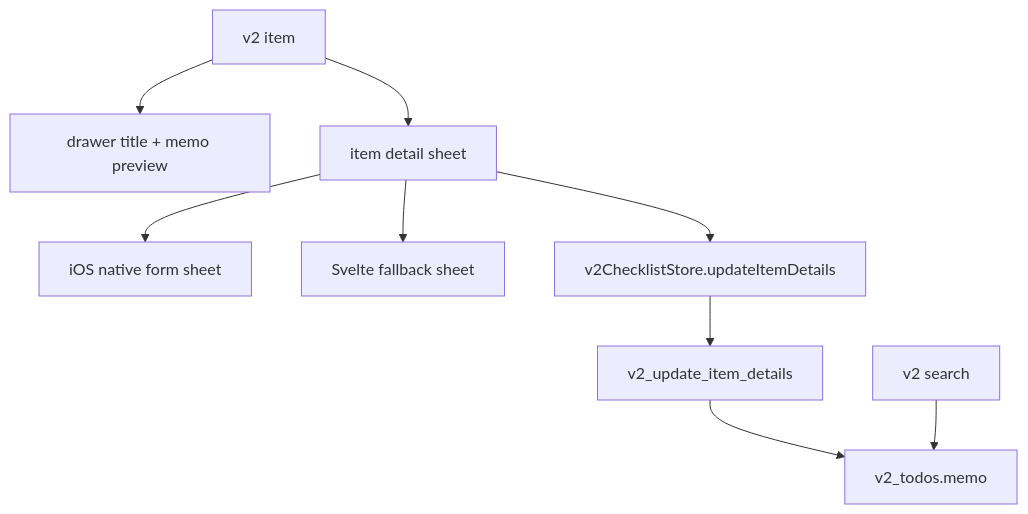
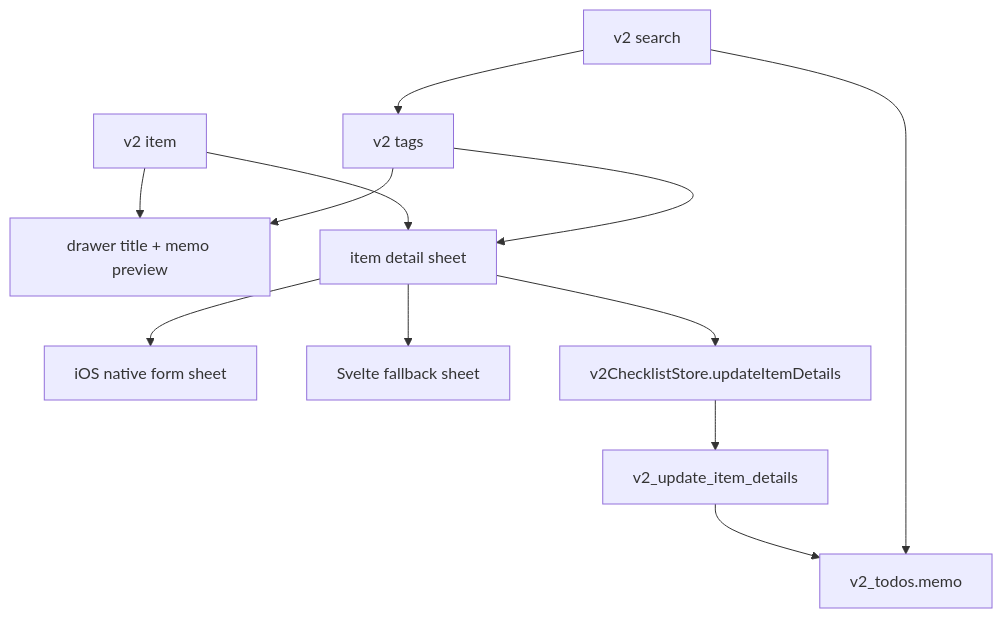
Before and after one commit to U-Keun/Tickly: the diagram in docs/v2-notes/009-item-memo-direction.md, drawn with Mermaid. The commit also changed other lines of this file and 42 other files, not shown here.

````diff
--- a/docs/v2-notes/009-item-memo-direction.md
+++ b/docs/v2-notes/009-item-memo-direction.md
@@ -8,11 +8,14 @@
 ```mermaid
 flowchart TB
   Item["v2 item"] --> Drawer["drawer title + memo preview"]
   Item --> Detail["item detail sheet"]
   Detail --> Native["iOS native form sheet"]
   Detail --> Web["Svelte fallback sheet"]
   Detail --> Store["v2ChecklistStore.updateItemDetails"]
   Store --> Command["v2_update_item_details"]
   Command --> Table["v2_todos.memo"]
+  Tag["v2 tags"] --> Drawer
+  Tag --> Detail
   Search["v2 search"] --> Table
+  Search --> Tag
 ```
````
